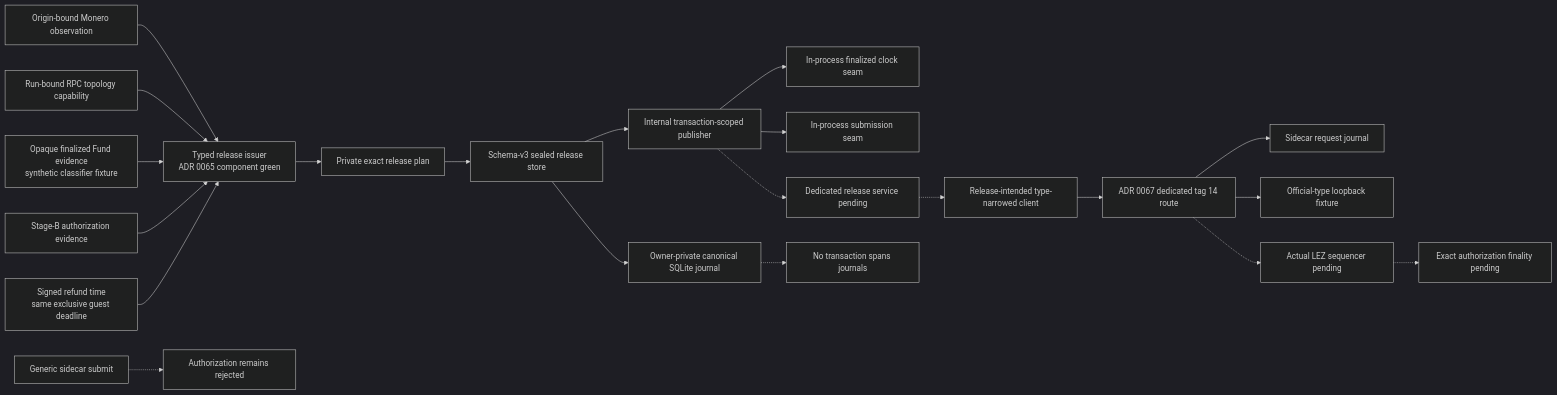
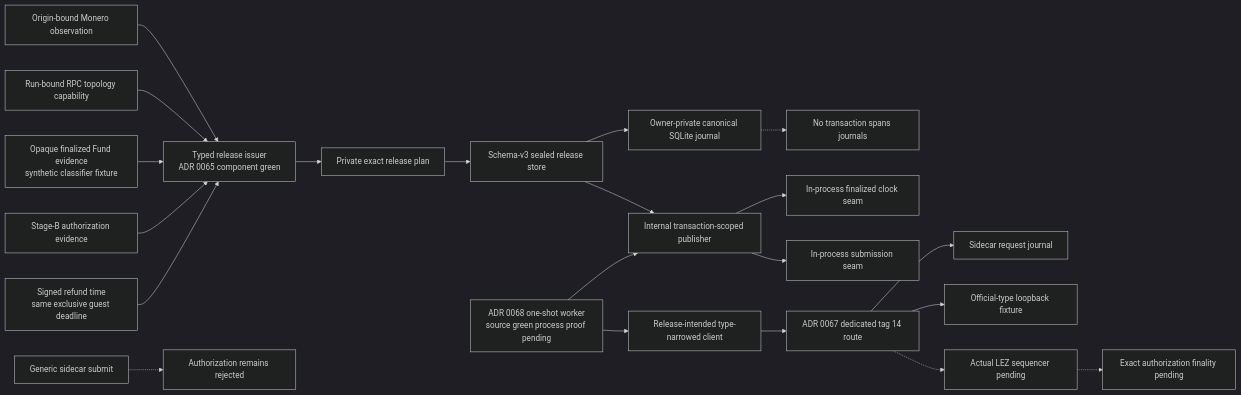
Before and after one commit to gateway-fm/lez-atomic-swaps: the first of 2 diagrams in docs/architecture/0064-gate-xmr-publication-through-sealed-journal.md, drawn with Mermaid (dark theme). The commit also changed 17 other files, not shown here.

Commit message:
feat(m4): isolate one-shot release worker

````diff
--- a/docs/architecture/0064-gate-xmr-publication-through-sealed-journal.md
+++ b/docs/architecture/0064-gate-xmr-publication-through-sealed-journal.md
@@ -46,23 +46,23 @@
 ```mermaid
 flowchart LR
     Observation["Origin-bound Monero observation"] --> Issuer["Typed release issuer<br/>ADR 0065 component green"]
     Topology["Run-bound RPC topology capability"] --> Issuer
     Fund["Opaque finalized Fund evidence<br/>synthetic classifier fixture"] --> Issuer
     StageB["Stage-B authorization evidence"] --> Issuer
     Deadline["Signed refund time<br/>same exclusive guest deadline"] --> Issuer
     Issuer --> Plan["Private exact release plan"]
     Plan --> Store["Schema-v3 sealed release store"]
     Store --> Journal["Owner-private canonical SQLite journal"]
     Store --> Publisher["Internal transaction-scoped publisher"]
     Publisher --> TestClock["In-process finalized clock seam"]
     Publisher --> TestTransport["In-process submission seam"]
-    Publisher -.-> ReleaseService["Dedicated release service pending"]
-    ReleaseService -.-> ReleaseClient["Release-intended type-narrowed client"]
+    ReleaseService["ADR 0068 one-shot worker<br/>source green process proof pending"] --> Publisher
+    ReleaseService --> ReleaseClient["Release-intended type-narrowed client"]
     ReleaseClient --> Route["ADR 0067 dedicated tag 14 route"]
     Route --> SideJournal["Sidecar request journal"]
     Route --> Fixture["Official-type loopback fixture"]
     Route -.-> ActualNode["Actual LEZ sequencer pending"]
     ActualNode -.-> Finality["Exact authorization finality pending"]
     Journal -.-> SideJournalNote["No transaction spans journals"]
     Generic["Generic sidecar submit"] -.-> Rejected["Authorization remains rejected"]
 ```
````
